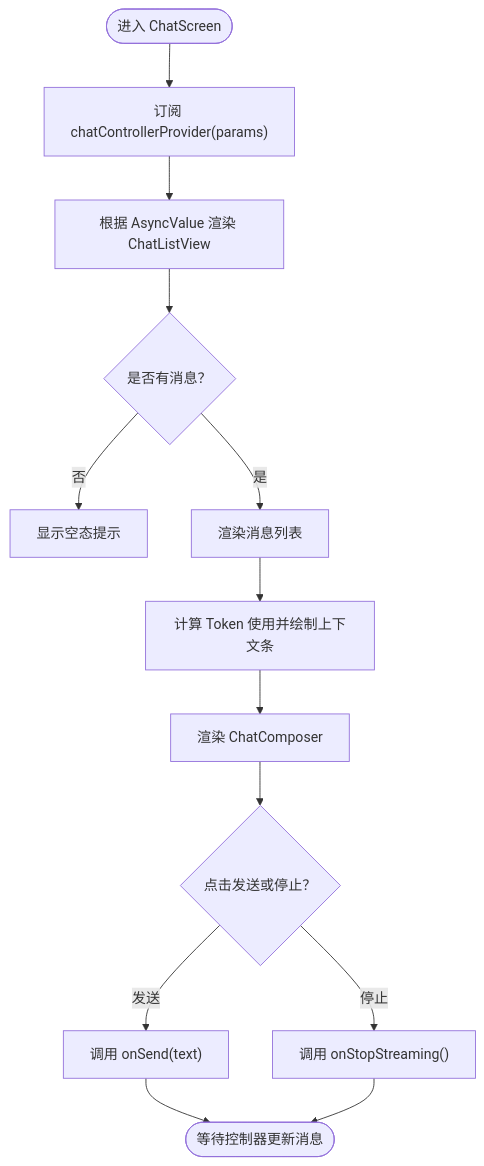
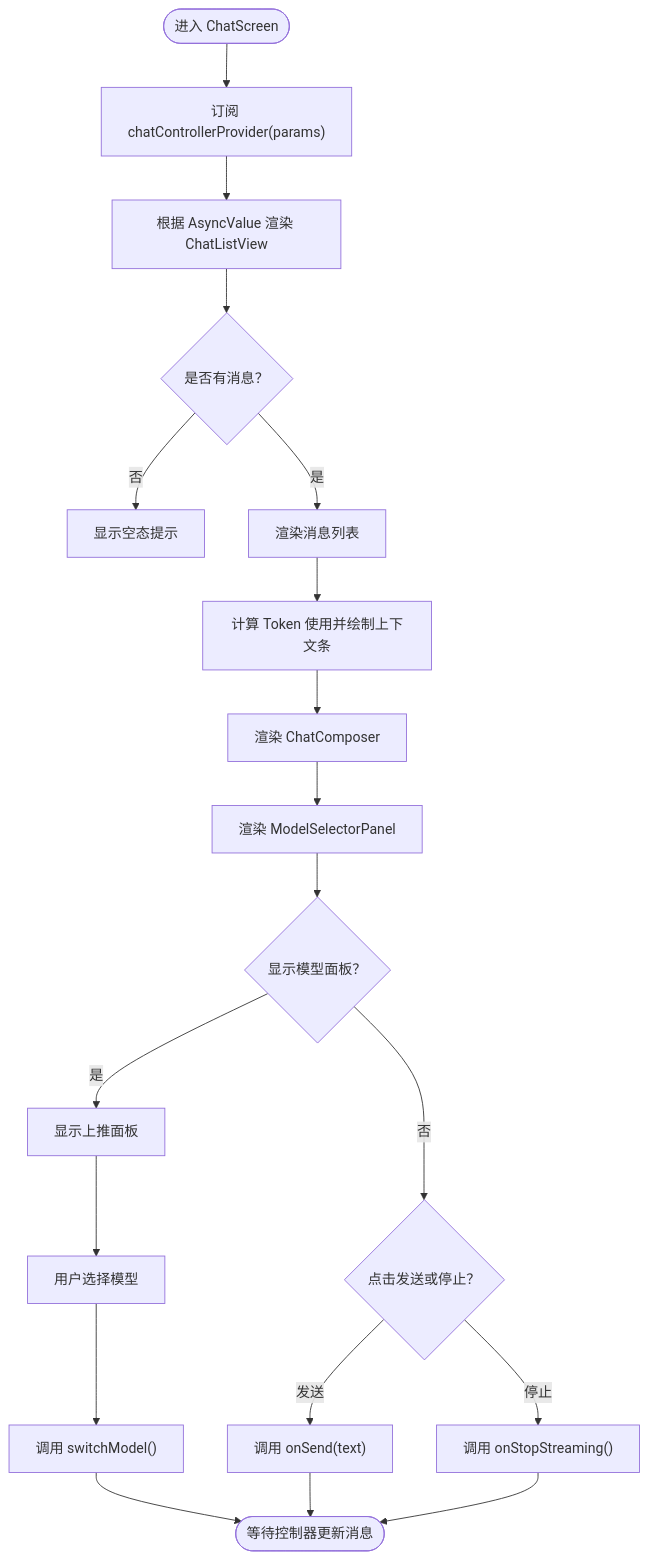
Before and after one commit to Ykworm/thktree: the third of 9 diagrams in .qoder/repowiki/zh/content/核心功能模块/对话管理系统/聊天界面组件.md, drawn with Mermaid. The commit also changed other lines of this file and 45 other files, not shown here.

````diff
--- a/.qoder/repowiki/zh/content/核心功能模块/对话管理系统/聊天界面组件.md
+++ b/.qoder/repowiki/zh/content/核心功能模块/对话管理系统/聊天界面组件.md
@@ -135,15 +187,21 @@
 ```mermaid
 flowchart TD
 Start(["进入 ChatScreen"]) --> Watch["订阅 chatControllerProvider(params)"]
 Watch --> Render["根据 AsyncValue 渲染 ChatListView"]
 Render --> Empty{"是否有消息？"}
 Empty -- 否 --> NoMsg["显示空态提示"]
 Empty -- 是 --> List["渲染消息列表"]
 List --> Usage["计算 Token 使用并绘制上下文条"]
 Usage --> Composer["渲染 ChatComposer"]
-Composer --> Send{"点击发送或停止？"}
+Composer --> ModelPanel["渲染 ModelSelectorPanel"]
+ModelPanel --> ShowPanel{"显示模型面板？"}
+ShowPanel --> |是| Panel["显示上推面板"]
+ShowPanel --> |否| Send{"点击发送或停止？"}
+Panel --> SelectModel["用户选择模型"]
+SelectModel --> SwitchModel["调用 switchModel()"]
+SwitchModel --> End(["等待控制器更新消息"])
 Send --> |发送| OnSend["调用 onSend(text)"]
 Send --> |停止| OnStop["调用 onStopStreaming()"]
-OnSend --> End(["等待控制器更新消息"])
+OnSend --> End
 OnStop --> End
 ```
````
